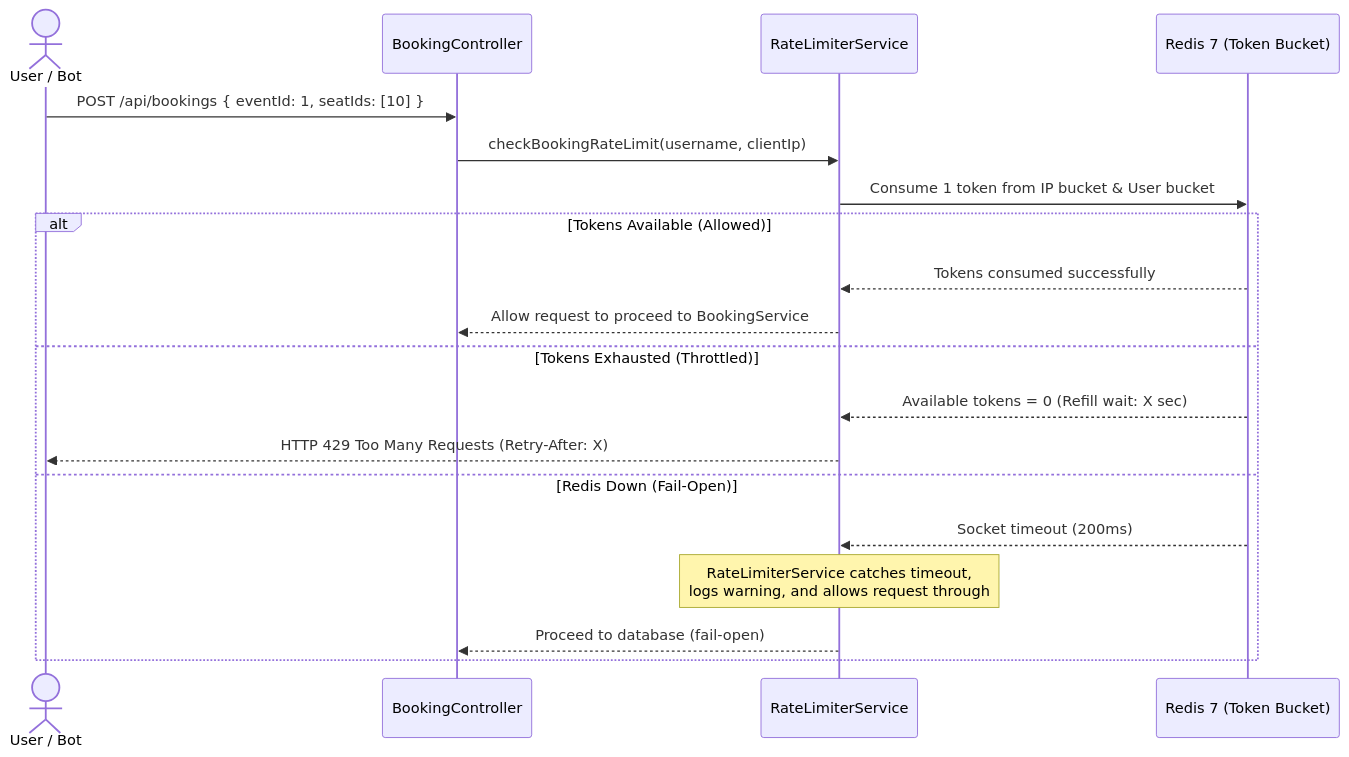
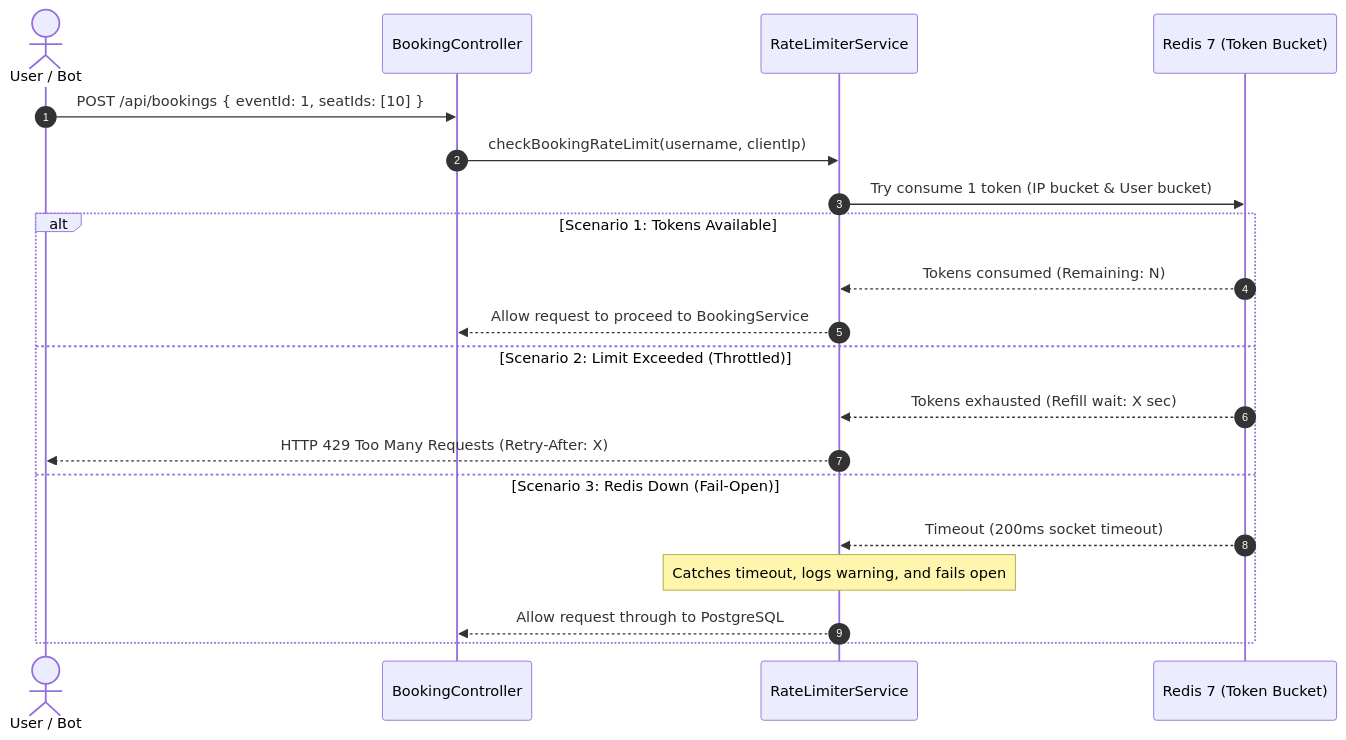
Before and after one commit to asyncsourav/quicktix: the second of 3 diagrams in architecture/master-workflow.md, drawn with Mermaid. The commit also changed other lines of this file, not shown here.

First line of the commit message:
docs(architecture): Refine workflows 1, 2, and 3 in master-workflow.md

````diff
--- a/architecture/master-workflow.md
+++ b/architecture/master-workflow.md
@@ -69,24 +112,24 @@
 ```mermaid
 sequenceDiagram
+    autonumber
     actor Client as User / Bot
     participant Ctrl as BookingController
     participant Limiter as RateLimiterService
     participant Redis as Redis 7 (Token Bucket)
 
     Client->>Ctrl: POST /api/bookings { eventId: 1, seatIds: [10] }
     Ctrl->>Limiter: checkBookingRateLimit(username, clientIp)
-    
-    Limiter->>Redis: Consume 1 token from IP bucket & User bucket
-    
-    alt Tokens Available (Allowed)
-        Redis-->>Limiter: Tokens consumed successfully
+    Limiter->>Redis: Try consume 1 token (IP bucket & User bucket)
+
+    alt Scenario 1: Tokens Available
+        Redis-->>Limiter: Tokens consumed (Remaining: N)
         Limiter-->>Ctrl: Allow request to proceed to BookingService
-    else Tokens Exhausted (Throttled)
-        Redis-->>Limiter: Available tokens = 0 (Refill wait: X sec)
+    else Scenario 2: Limit Exceeded (Throttled)
+        Redis-->>Limiter: Tokens exhausted (Refill wait: X sec)
         Limiter-->>Client: HTTP 429 Too Many Requests (Retry-After: X)
-    else Redis Down (Fail-Open)
-        Redis-->>Limiter: Socket timeout (200ms)
-        Note over Limiter: RateLimiterService catches timeout,<br/>logs warning, and allows request through
-        Limiter-->>Ctrl: Proceed to database (fail-open)
+    else Scenario 3: Redis Down (Fail-Open)
+        Redis-->>Limiter: Timeout (200ms socket timeout)
+        Note over Limiter: Catches timeout, logs warning, and fails open
+        Limiter-->>Ctrl: Allow request through to PostgreSQL
     end
 ```
````
